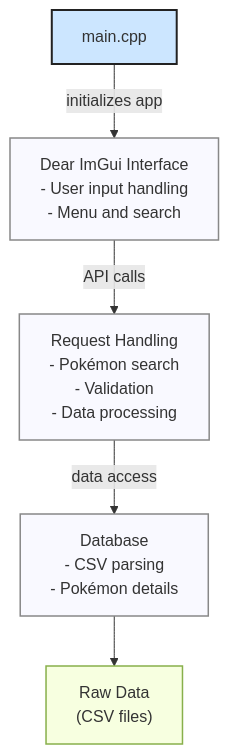
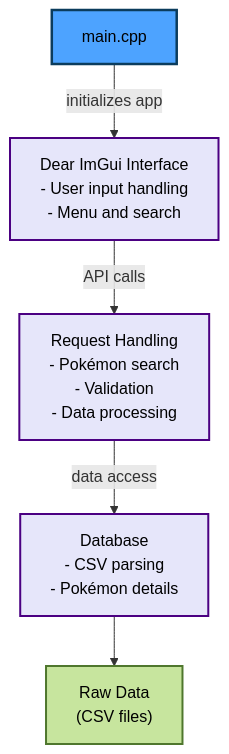
Before and after one commit to theocmvr/pokeDB: the diagram in README.md, drawn with Mermaid.

Commit message:
Better System Diagram Colors

````diff
--- a/README.md
+++ b/README.md
@@ -12,15 +12,16 @@
 ```mermaid
 flowchart TB
     main["main.cpp<br/>"] -- initializes app --> il["Dear ImGui Interface<br/>- User input handling<br/>- Menu and search"]
     il -- API calls --> ll["Request Handling<br/>- Pokémon search<br/>- Validation<br/>- Data processing"]
     ll -- data access --> dl["Database<br/>- CSV parsing<br/>- Pokémon details"]
     dl --> lf["Raw Data<br/>(CSV files)"]
 
-    classDef main fill:#CCE6FF,stroke:#222,stroke-width:2px
-    classDef layer fill:#F9F9FF,stroke:#888,stroke-width:1.5px
-    classDef assets fill:#F7FFE0,stroke:#88B04B,stroke-width:1.5px
+    classDef main fill:#4DA3FF,color:#000,stroke:#0B3C5D,stroke-width:2.5px
+    classDef layer fill:#E6E6FA,color:#000,stroke:#4B0082,stroke-width:2px
+    classDef assets fill:#C7E59E,color:#000,stroke:#4F772D,stroke-width:2px
+
 
     class main main
     class il,ll,dl layer
     class lf assets
 ```
````
